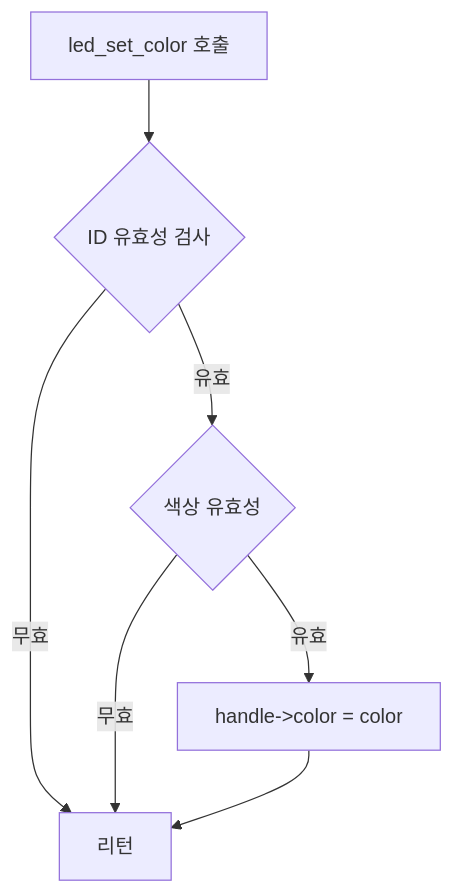
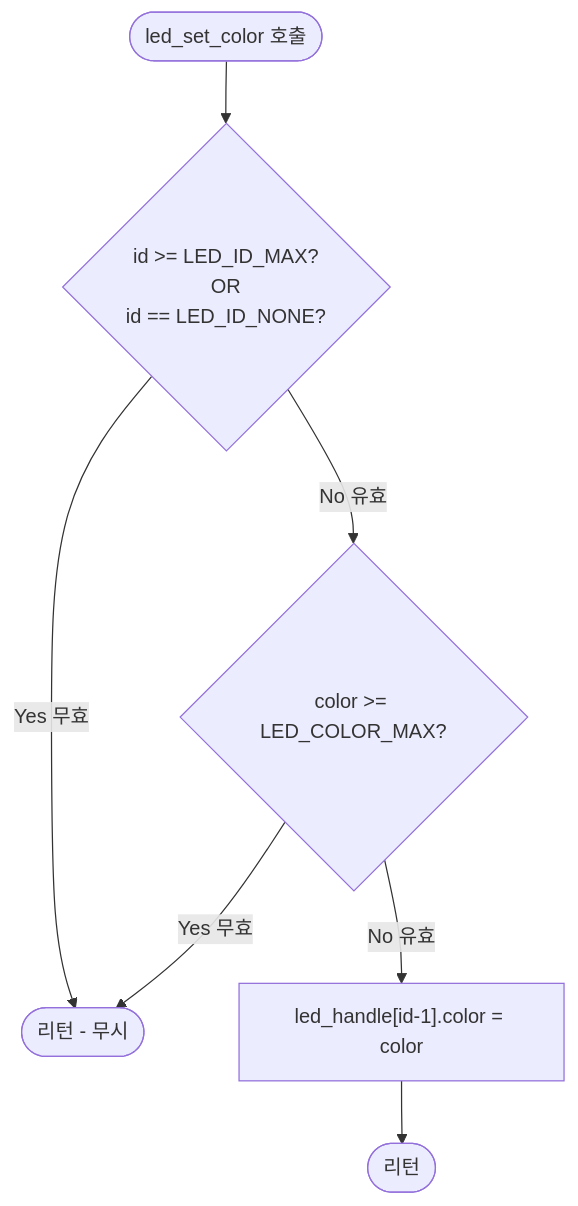
Before and after one commit to mj-kang-iotiz/my_test: the fourth of 7 diagrams in docs/LED_LIBRARY.md, drawn with Mermaid. The commit also changed other lines of this file and 2 other files, not shown here.

First line of the commit message:
docs: GPS, GSM, LED 라이브러리 기술 문서 대폭 보강

````diff
--- a/docs/LED_LIBRARY.md
+++ b/docs/LED_LIBRARY.md
@@ -189,12 +408,12 @@
 ```mermaid
 flowchart TD
-    START[led_set_color 호출] --> VALIDATE{ID 유효성 검사}
+    START([led_set_color 호출]) --> CHECK_ID{id >= LED_ID_MAX?<br/>OR<br/>id == LED_ID_NONE?}
 
-    VALIDATE -->|유효| COLOR_CHECK{색상 유효성}
-    VALIDATE -->|무효| END[리턴]
+    CHECK_ID -->|Yes 무효| END_INVALID([리턴 - 무시])
+    CHECK_ID -->|No 유효| CHECK_COLOR{color >= LED_COLOR_MAX?}
 
-    COLOR_CHECK -->|유효| STORE[handle->color = color]
-    COLOR_CHECK -->|무효| END
+    CHECK_COLOR -->|Yes 무효| END_INVALID
+    CHECK_COLOR -->|No 유효| STORE["led_handle[id-1].color = color"]
 
-    STORE --> END
+    STORE --> END([리턴])
 ```
````
